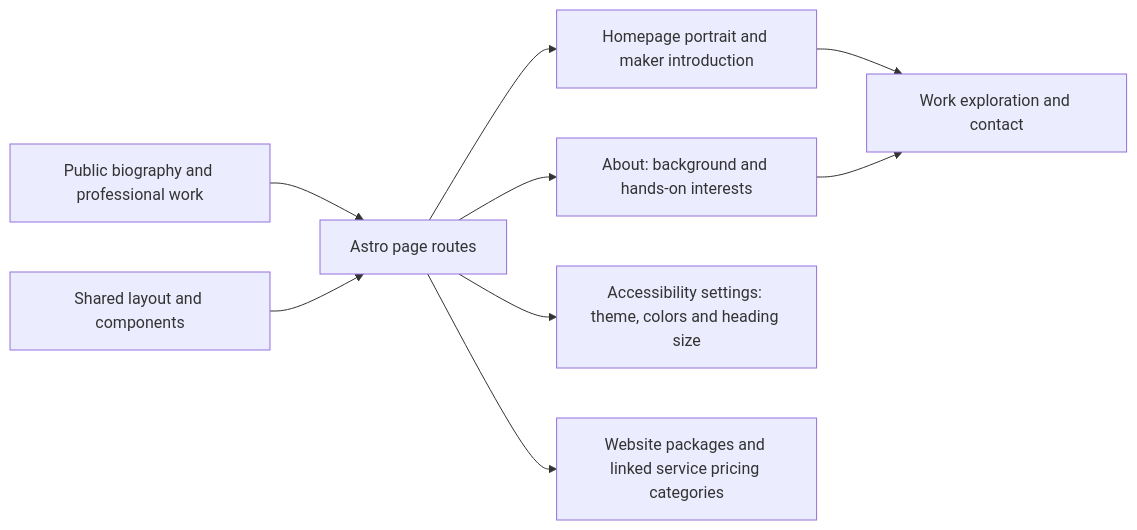
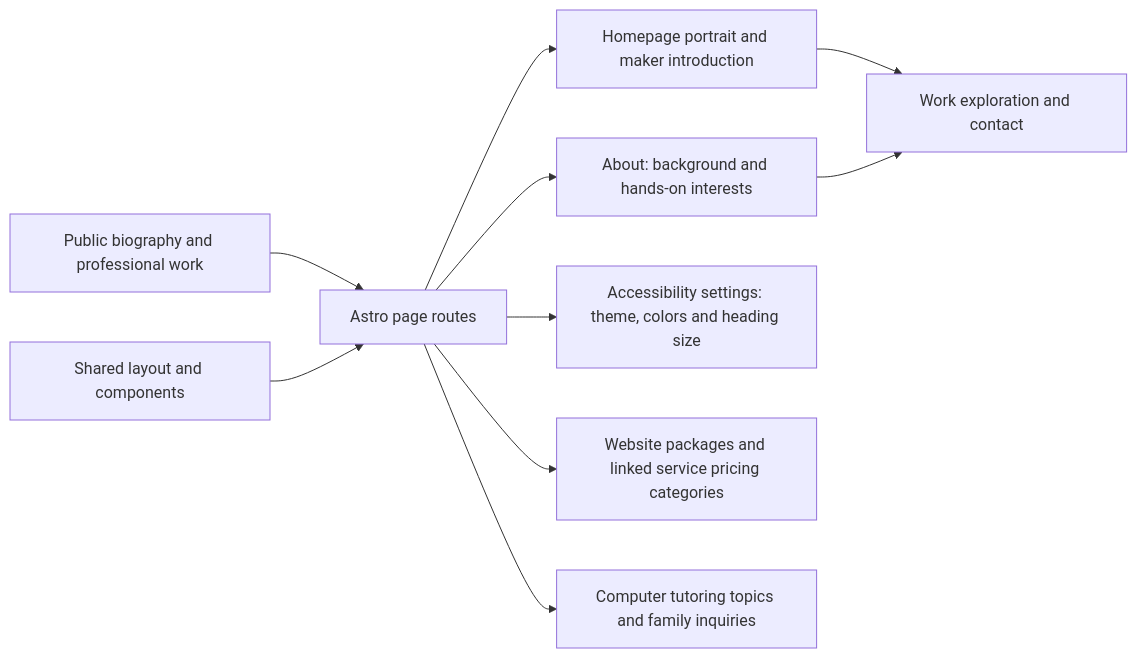
The diagram in src/pages/_readme.md (anoblet/astronautical-apogee), drawn with Mermaid before and after one commit. The commit also changed other lines of this file and 8 other files, not shown here.

Commit message:
feat(services): add computer tutoring for children

````diff
--- a/src/pages/_readme.md
+++ b/src/pages/_readme.md
@@ -11,11 +12,12 @@
 ```mermaid
 flowchart LR
     Biography[Public biography and professional work] --> Routes[Astro page routes]
     Routes --> Home[Homepage portrait and maker introduction]
     Routes --> About[About: background and hands-on interests]
     Layout[Shared layout and components] --> Routes
     Routes --> Accessibility[Accessibility settings: theme, colors and heading size]
     Routes --> Pricing[Website packages and linked service pricing categories]
+    Routes --> Tutoring[Computer tutoring topics and family inquiries]
     Home --> Contact[Work exploration and contact]
     About --> Contact
 ```
````
